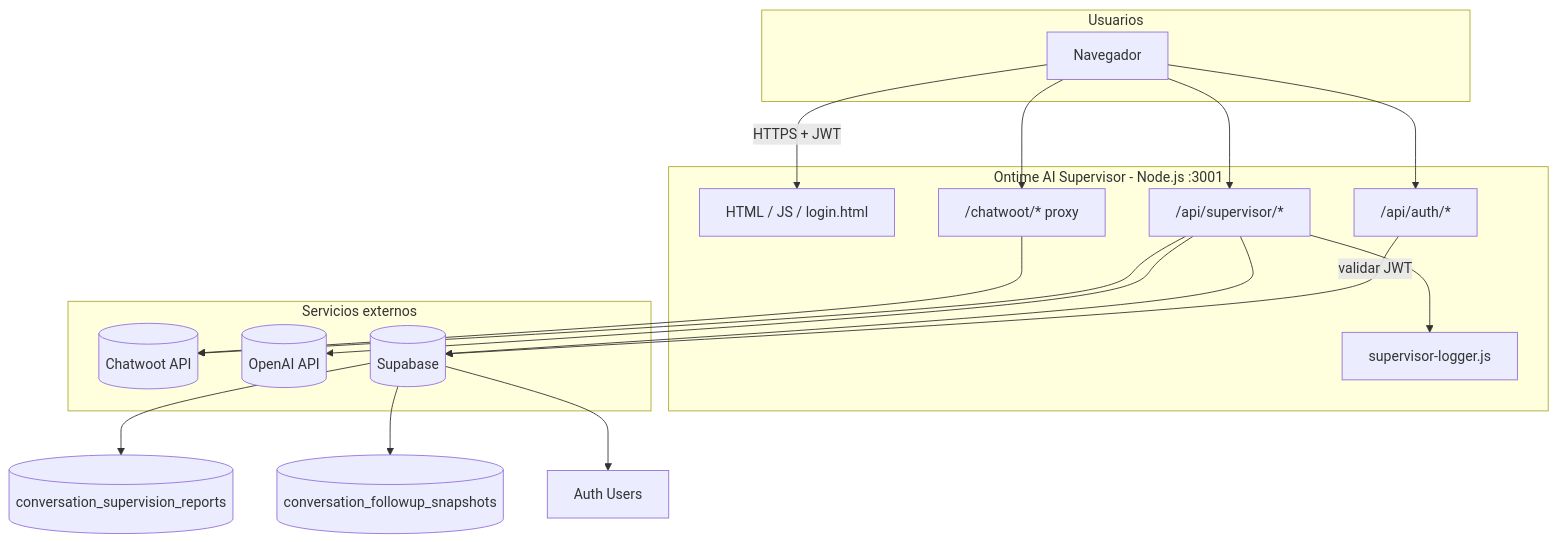
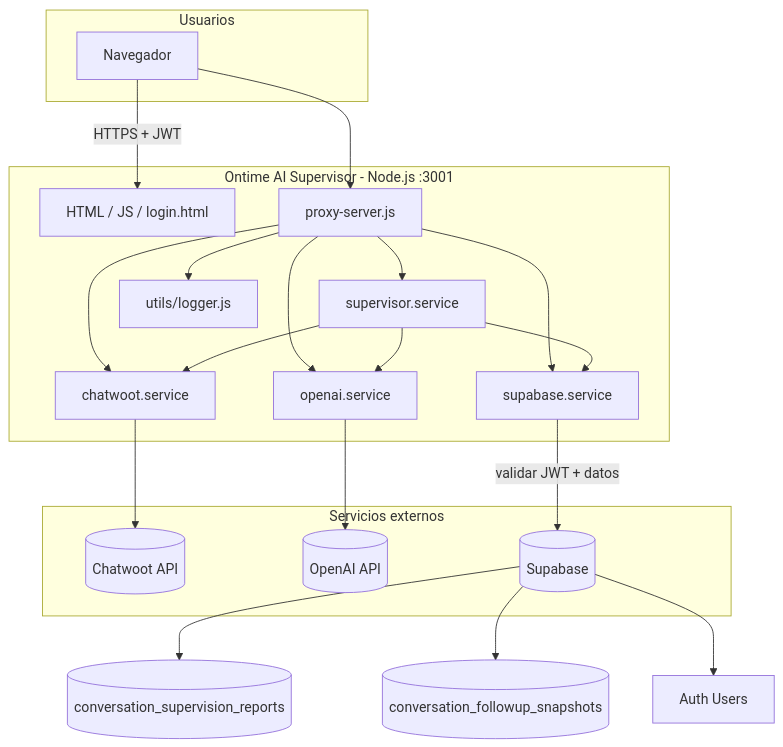
Before and after one commit to dajosava/ontime_aisupervisor: the first of 3 diagrams in README.md, drawn with Mermaid. The commit also changed other lines of this file and 12 other files, not shown here.

````diff
--- a/README.md
+++ b/README.md
@@ -52,36 +52,41 @@
 ```mermaid
 flowchart TB
   subgraph users [Usuarios]
     Browser[Navegador]
   end
 
   subgraph app [Ontime AI Supervisor - Node.js :3001]
     Static[HTML / JS / login.html]
-    AuthAPI["/api/auth/*"]
-    SupAPI["/api/supervisor/*"]
-    CWProxy["/chatwoot/* proxy"]
-    Logger[supervisor-logger.js]
+    Proxy[proxy-server.js]
+    CWService[chatwoot.service]
+    SupService[supervisor.service]
+    OAIService[openai.service]
+    SBService[supabase.service]
+    Logger[utils/logger.js]
   end
 
   subgraph external [Servicios externos]
     CW[(Chatwoot API)]
     OAI[(OpenAI API)]
     SB[(Supabase)]
   end
 
   Browser -->|HTTPS + JWT| Static
-  Browser --> AuthAPI
-  Browser --> SupAPI
-  Browser --> CWProxy
+  Browser --> Proxy
+  Proxy --> CWService
+  Proxy --> SupService
+  Proxy --> OAIService
+  Proxy --> SBService
+  Proxy --> Logger
 
-  AuthAPI -->|validar JWT| SB
-  SupAPI --> CW
-  SupAPI --> OAI
-  SupAPI --> SB
-  SupAPI --> Logger
-  CWProxy --> CW
+  CWService --> CW
+  OAIService --> OAI
+  SBService -->|validar JWT + datos| SB
+  SupService --> CWService
+  SupService --> SBService
+  SupService --> OAIService
 
   SB --> Reports[(conversation_supervision_reports)]
   SB --> Snapshots[(conversation_followup_snapshots)]
   SB --> AuthUsers[Auth Users]
 ```
````
